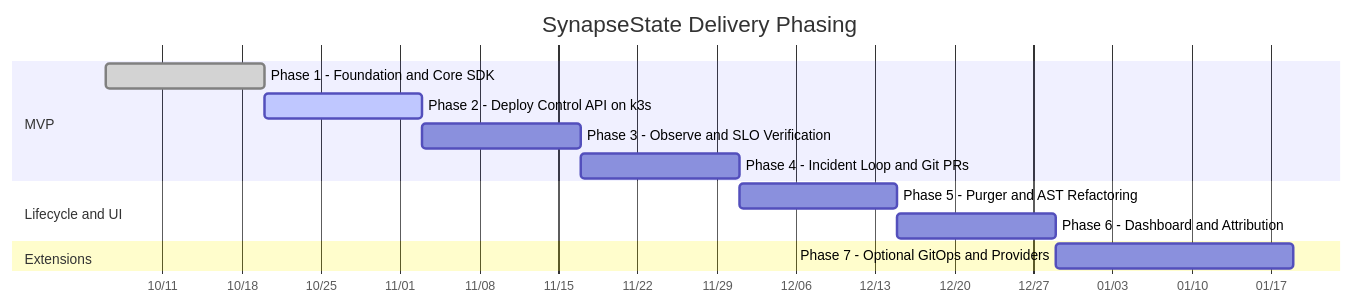
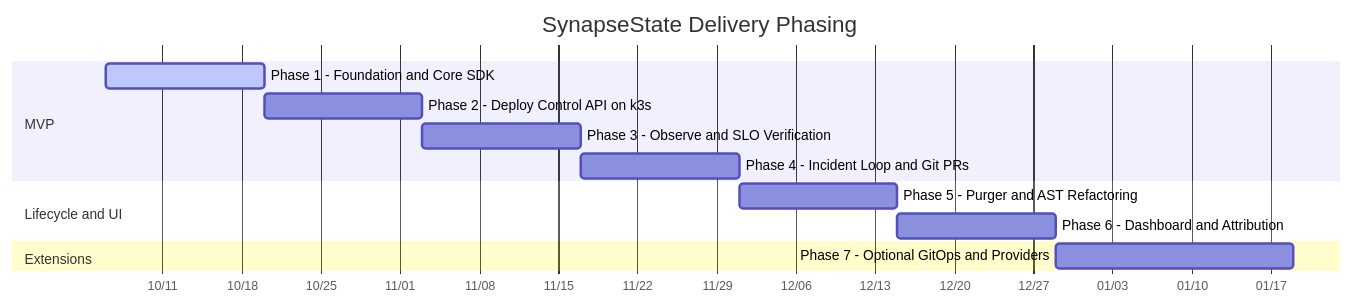
Before and after one commit to adityapawar112/SynapseState: the diagram in docs/ROADMAP.md, drawn with Mermaid. The commit also changed other lines of this file and 5 other files, not shown here.

First line of the commit message:
docs(roadmap): integrate PR breakdown and security checkpoints into phase plans

````diff
--- a/docs/ROADMAP.md
+++ b/docs/ROADMAP.md
@@ -45,16 +45,16 @@
 ```mermaid
 gantt
     title SynapseState Delivery Phasing
     dateFormat YYYY-MM-DD
     axisFormat %m/%d
     section MVP
-    Phase 1 - Foundation and Core SDK       :done, p1, 2026-10-06, 14d
-    Phase 2 - Deploy Control API on k3s     :active, p2, after p1, 14d
+    Phase 1 - Foundation and Core SDK       :active, p1, 2026-10-06, 14d
+    Phase 2 - Deploy Control API on k3s     :p2, after p1, 14d
     Phase 3 - Observe and SLO Verification  :p3, after p2, 14d
     Phase 4 - Incident Loop and Git PRs     :p4, after p3, 14d
     section Lifecycle and UI
     Phase 5 - Purger and AST Refactoring    :p5, after p4, 14d
     Phase 6 - Dashboard and Attribution     :p6, after p5, 14d
     section Extensions
     Phase 7 - Optional GitOps and Providers :p7, after p6, 21d
 ```
````
